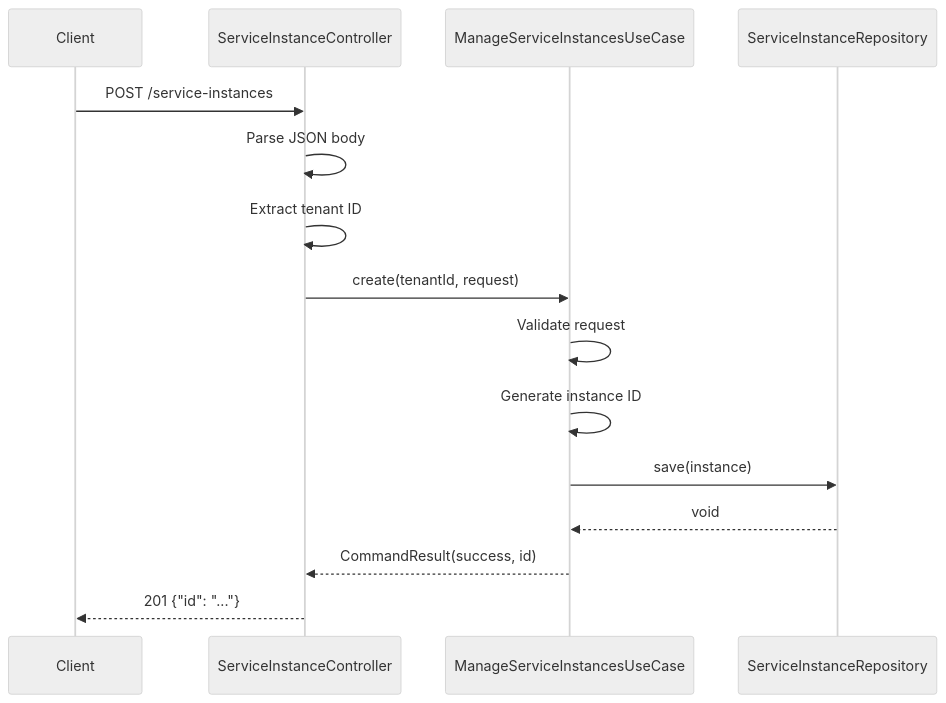
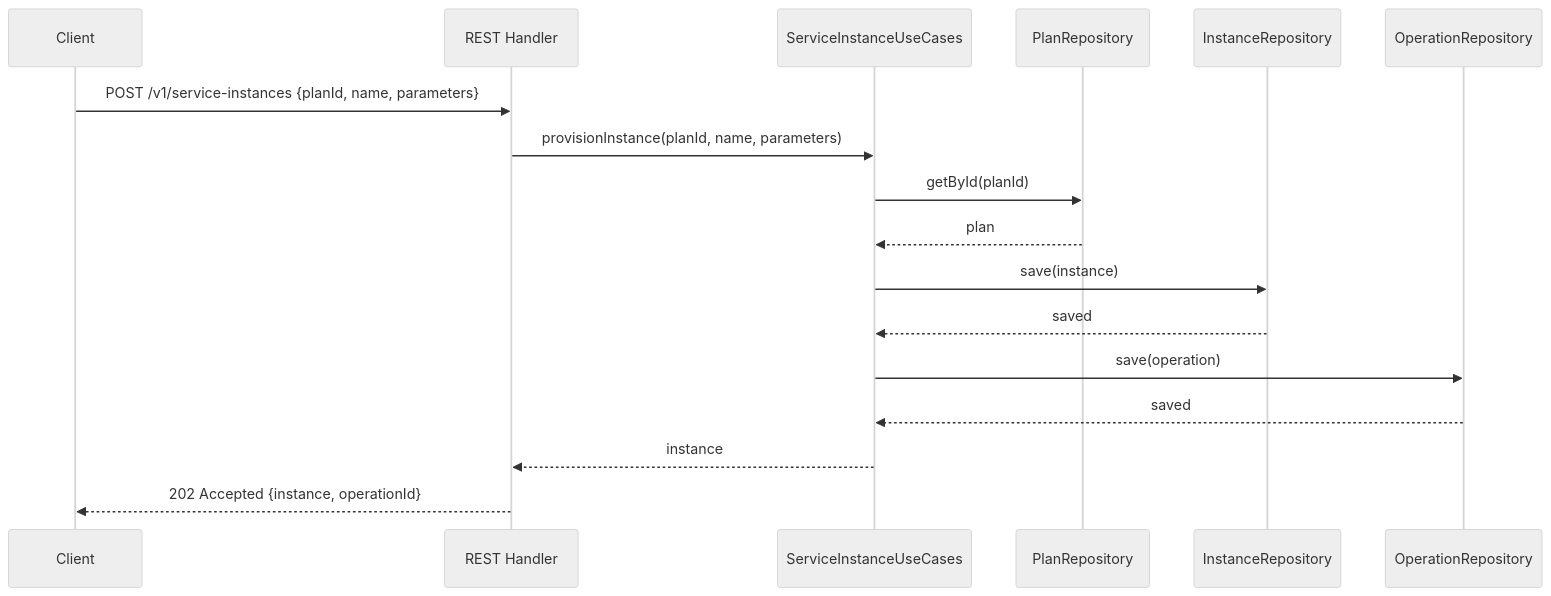
Before and after one commit to UIMSolutions/uim-platform: the third of 3 diagrams in service-manager/UML.md, drawn with Mermaid (neutral theme). The commit also changed other lines of this file and 128 other files, not shown here.

Commit message:
Refactor UML documentation for Task Center and Transport services; streamline class diagrams, sequence diagrams, and component diagrams for clarity and consistency. Update NAFv4 architecture description to enhance structure and readability. Adjust container module imports for better organization.

````diff
--- a/service-manager/UML.md
+++ b/service-manager/UML.md
@@ -286,18 +109,20 @@
 ```mermaid
 sequenceDiagram
-    participant Client
-    participant Controller as ServiceInstanceController
-    participant UseCase as ManageServiceInstancesUseCase
-    participant Repo as ServiceInstanceRepository
+    participant C as Client
+    participant R as REST Handler
+    participant UC as ServiceInstanceUseCases
+    participant PR as PlanRepository
+    participant IR as InstanceRepository
+    participant OR as OperationRepository
 
-    Client->>Controller: POST /service-instances
-    Controller->>Controller: Parse JSON body
-    Controller->>Controller: Extract tenant ID
-    Controller->>UseCase: create(tenantId, request)
-    UseCase->>UseCase: Validate request
-    UseCase->>UseCase: Generate instance ID
-    UseCase->>Repo: save(instance)
-    Repo-->>UseCase: void
-    UseCase-->>Controller: CommandResult(success, id)
-    Controller-->>Client: 201 {"id": "..."}
+    C->>R: POST /v1/service-instances {planId, name, parameters}
+    R->>UC: provisionInstance(planId, name, parameters)
+    UC->>PR: getById(planId)
+    PR-->>UC: plan
+    UC->>IR: save(instance)
+    IR-->>UC: saved
+    UC->>OR: save(operation)
+    OR-->>UC: saved
+    UC-->>R: instance
+    R-->>C: 202 Accepted {instance, operationId}
 ```
````
